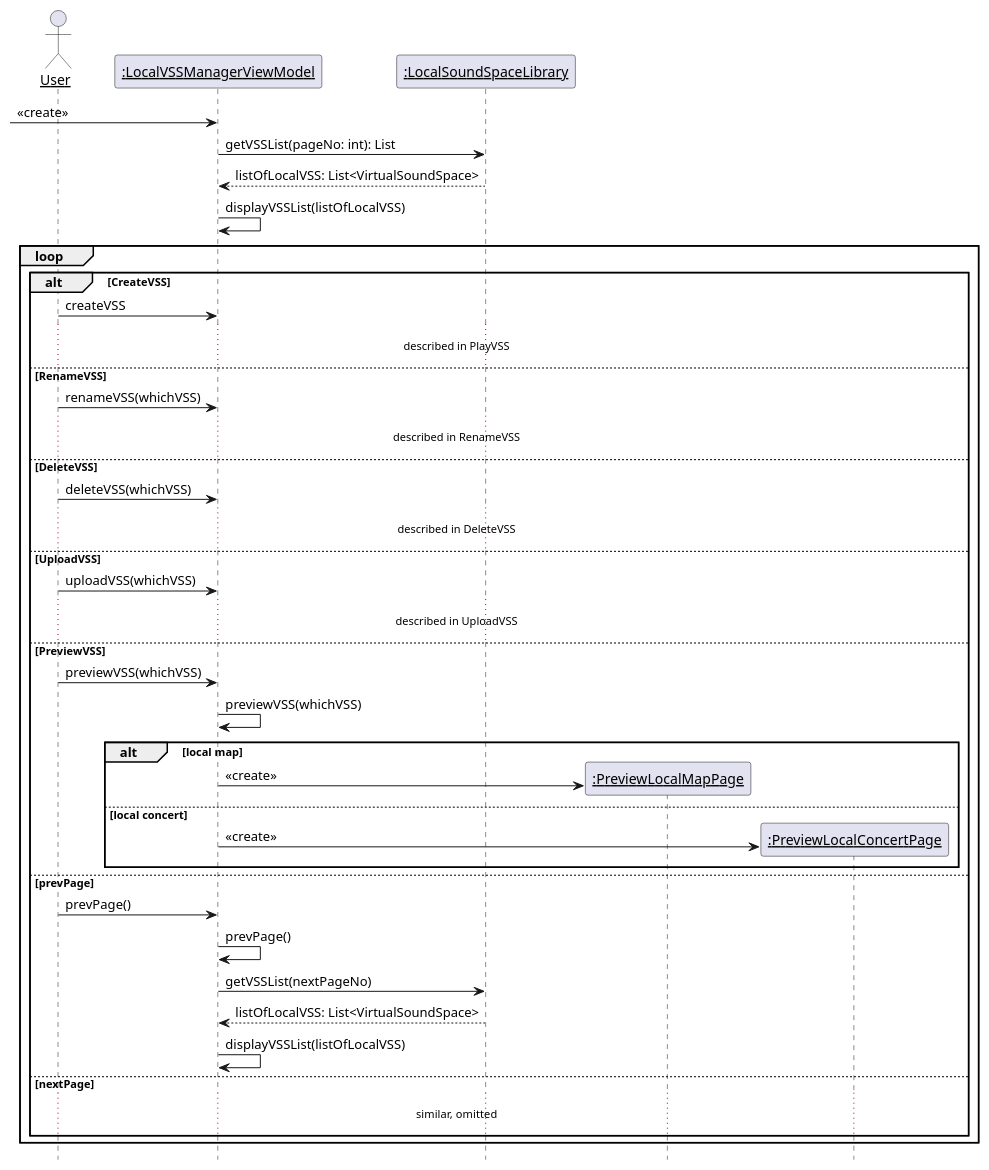
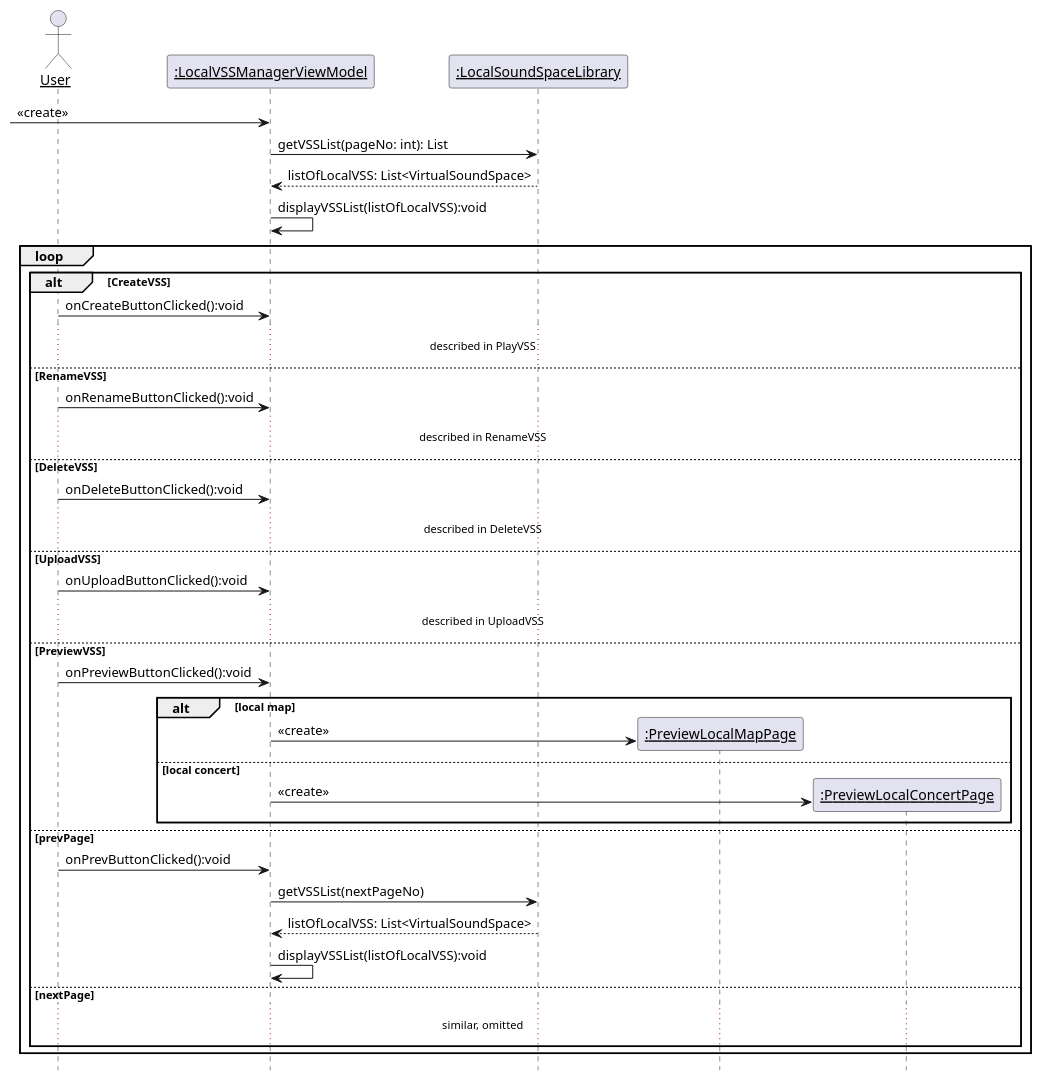
Before and after one commit to kpp19920121/doc: the eighth of 26 diagrams in 设计/顺序图.md, drawn with PlantUML. The commit also changed other lines of this file and 2 other files, not shown here.

Commit message:
完成两个顺序图、类图的同步

````diff
--- a/设计/顺序图.md
+++ b/设计/顺序图.md
@@ -231,53 +231,51 @@
 ```PlantUML
 @startuml Diagrams/ManageLocalVSSLibrary
 hide footbox
 skinparam sequenceParticipant underline
 
 actor User as user
 participant ":LocalVSSManagerViewModel" as boundary
 participant ":LocalSoundSpaceLibrary" as library
 
 create boundary
 [-> boundary: <<create>>
 boundary -> library: getVSSList(pageNo: int): List
 library --> boundary: listOfLocalVSS: List<VirtualSoundSpace>
-boundary -> boundary: displayVSSList(listOfLocalVSS)
+boundary -> boundary: displayVSSList(listOfLocalVSS):void
 
 loop
     alt CreateVSS
-        user -> boundary: createVSS
+        user -> boundary: onCreateButtonClicked():void
         ...described in PlayVSS...
     else RenameVSS
-        user -> boundary: renameVSS(whichVSS)
+        user -> boundary: onRenameButtonClicked():void
         ...described in RenameVSS...
     else DeleteVSS
-        user -> boundary: deleteVSS(whichVSS)
+        user -> boundary: onDeleteButtonClicked():void
         ...described in DeleteVSS...
     else UploadVSS
-        user -> boundary: uploadVSS(whichVSS)
+        user -> boundary: onUploadButtonClicked():void
         ...described in UploadVSS...
     else PreviewVSS
-        user -> boundary: previewVSS(whichVSS)
-        boundary -> boundary: previewVSS(whichVSS)
+        user -> boundary: onPreviewButtonClicked():void
         alt local map
             participant ":PreviewLocalMapPage" as plmp
             create plmp
             boundary -> plmp: <<create>>
 
         else local concert
             participant ":PreviewLocalConcertPage" as plcp
             create plcp
             boundary -> plcp: <<create>>
         end
     else prevPage
-        user -> boundary: prevPage()
-        boundary -> boundary: prevPage()
+        user -> boundary: onPrevButtonClicked():void
         boundary -> library: getVSSList(nextPageNo)
         library --> boundary: listOfLocalVSS: List<VirtualSoundSpace>
-        boundary -> boundary: displayVSSList(listOfLocalVSS)
+        boundary -> boundary: displayVSSList(listOfLocalVSS):void
     else nextPage
     ...similar, omitted...
     end
 end
 @enduml
 ```
````
